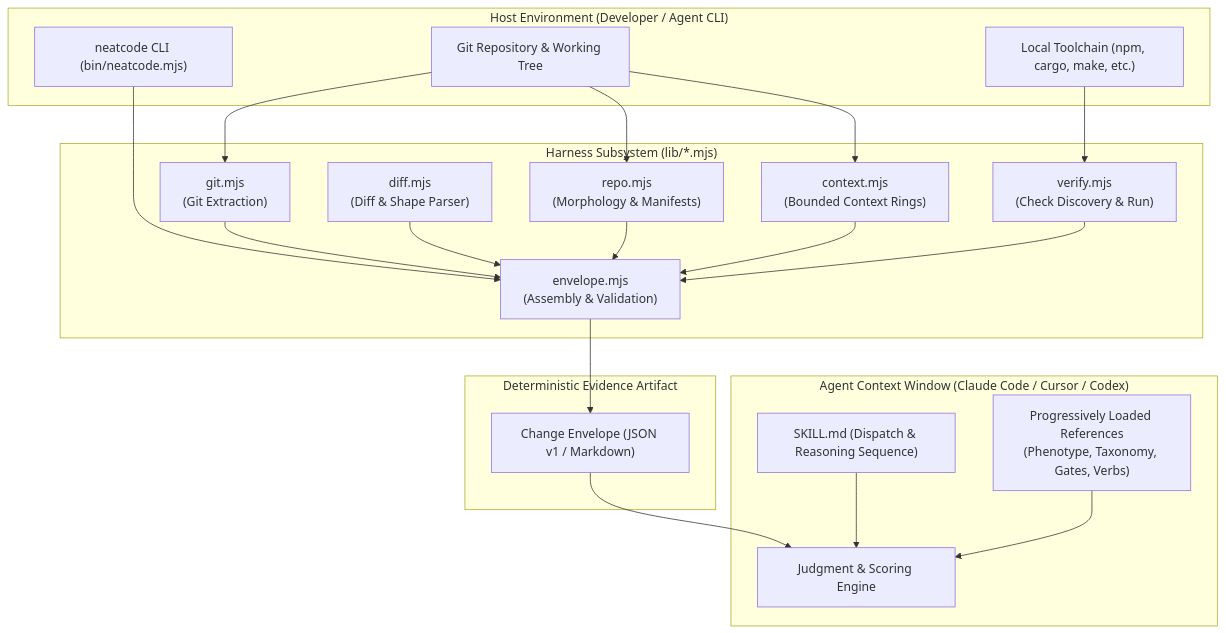
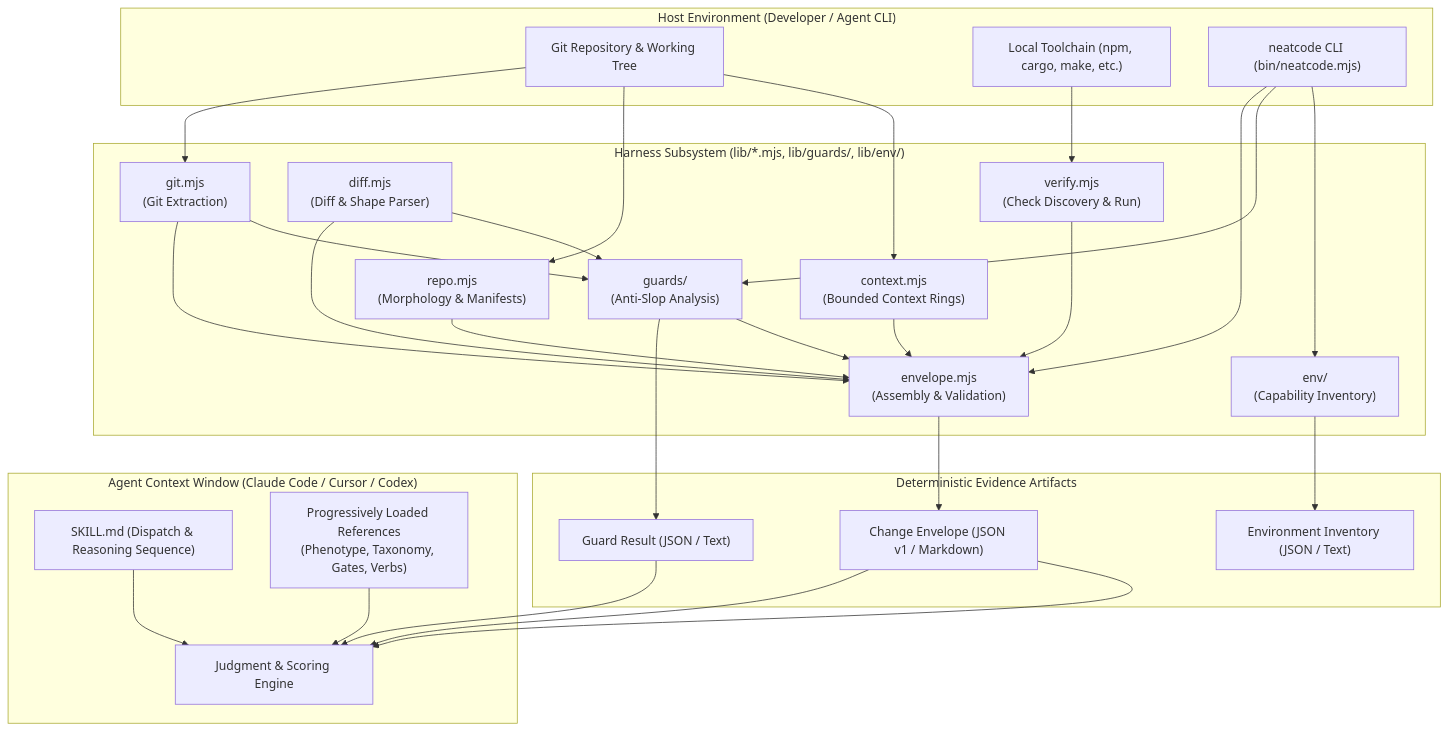
Before and after one commit to GodSpeedAI/NeatCode: the first of 3 diagrams in architecture.md, drawn with Mermaid. The commit also changed other lines of this file and 212 other files, not shown here.

Commit message:
feat: add multi-language code guards, environment tools, and ecosystem references

````diff
--- a/architecture.md
+++ b/architecture.md
@@ -15,44 +15,57 @@
 ```mermaid
 graph TD
     subgraph ExecutionEnvironment["Host Environment (Developer / Agent CLI)"]
         GitRepo["Git Repository & Working Tree"]
         Toolchain["Local Toolchain (npm, cargo, make, etc.)"]
         CLI["neatcode CLI (bin/neatcode.mjs)"]
     end
 
-    subgraph EvidenceHarness["Harness Subsystem (lib/*.mjs)"]
+    subgraph EvidenceHarness["Harness Subsystem (lib/*.mjs, lib/guards/, lib/env/)"]
         GitMod["git.mjs<br/>(Git Extraction)"]
         DiffMod["diff.mjs<br/>(Diff & Shape Parser)"]
         RepoMod["repo.mjs<br/>(Morphology & Manifests)"]
         ContextMod["context.mjs<br/>(Bounded Context Rings)"]
         VerifyMod["verify.mjs<br/>(Check Discovery & Run)"]
+        GuardMod["guards/<br/>(Anti-Slop Analysis)"]
+        EnvMod["env/<br/>(Capability Inventory)"]
         EnvelopeMod["envelope.mjs<br/>(Assembly & Validation)"]
     end
 
-    subgraph SerializedArtifact["Deterministic Evidence Artifact"]
+    subgraph SerializedArtifact["Deterministic Evidence Artifacts"]
         EnvelopeJSON["Change Envelope (JSON v1 / Markdown)"]
+        GuardJSON["Guard Result (JSON / Text)"]
+        EnvJSON["Environment Inventory (JSON / Text)"]
     end
 
     subgraph AgentContext["Agent Context Window (Claude Code / Cursor / Codex)"]
         SkillKernel["SKILL.md (Dispatch & Reasoning Sequence)"]
         References["Progressively Loaded References<br/>(Phenotype, Taxonomy, Gates, Verbs)"]
         EvaluationEngine["Judgment & Scoring Engine"]
     end
 
     GitRepo --> GitMod
     GitRepo --> RepoMod
     GitRepo --> ContextMod
     Toolchain --> VerifyMod
 
     CLI --> EnvelopeMod
+    CLI --> GuardMod
+    CLI --> EnvMod
     GitMod --> EnvelopeMod
+    GitMod --> GuardMod
     DiffMod --> EnvelopeMod
+    DiffMod --> GuardMod
     RepoMod --> EnvelopeMod
     ContextMod --> EnvelopeMod
     VerifyMod --> EnvelopeMod
 
     EnvelopeMod --> EnvelopeJSON
+    GuardMod --> GuardJSON
+    GuardMod --> EnvelopeMod
+    EnvMod --> EnvJSON
+    EnvelopeJSON --> EvaluationEngine
+    GuardJSON --> EvaluationEngine
     EnvelopeJSON --> EvaluationEngine
     SkillKernel --> EvaluationEngine
     References --> EvaluationEngine
 ```
````
